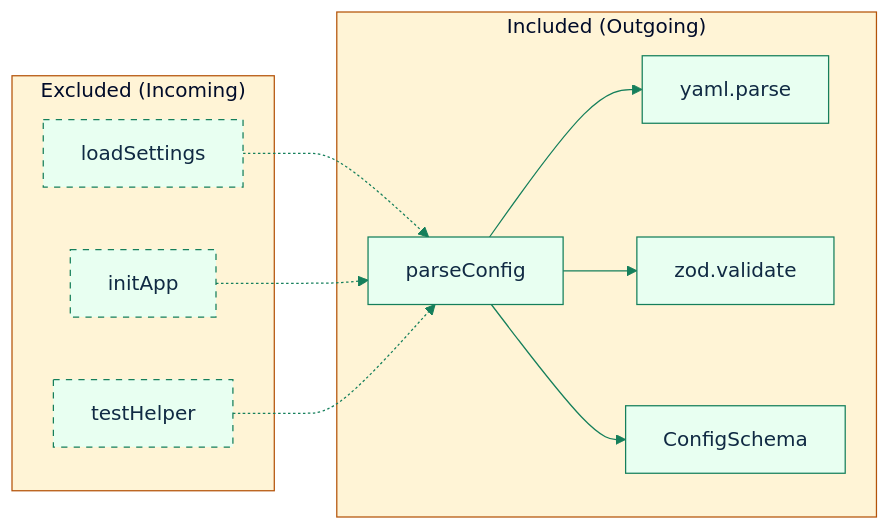
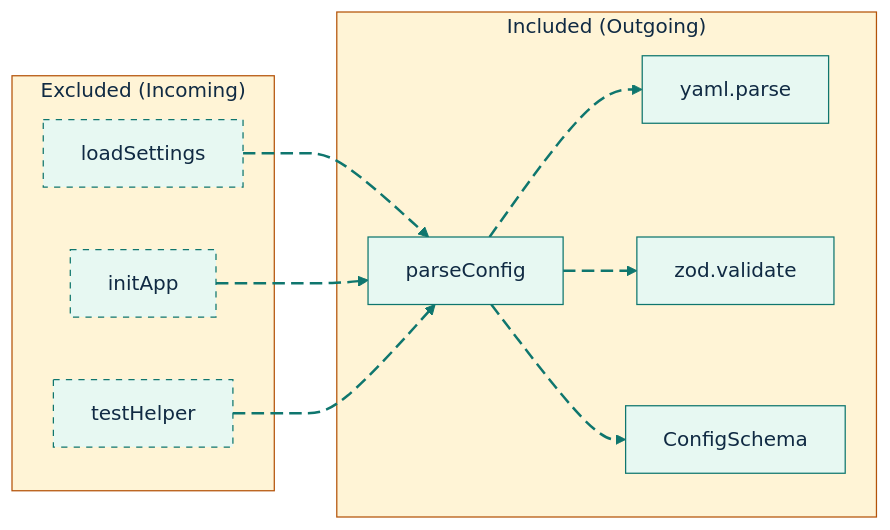
Before and after one commit to GlitterKill/sdl-mcp: the sixth of 13 diagrams in docs/feature-deep-dives/semantic-engine.md, drawn with Mermaid. The commit also changed other lines of this file and 33 other files, not shown here.

First line of the commit message:
docs: update mermaid diagram themes and styling across documentation

````diff
--- a/docs/feature-deep-dives/semantic-engine.md
+++ b/docs/feature-deep-dives/semantic-engine.md
@@ -409,19 +456,28 @@
 ```mermaid
-%%{init: {"theme":"base","themeVariables":{"primaryColor":"#e8fff1","primaryBorderColor":"#157f5b","primaryTextColor":"#102a43","secondaryColor":"#eef6ff","secondaryBorderColor":"#2563eb","tertiaryColor":"#fff4d6","tertiaryBorderColor":"#b45309","lineColor":"#157f5b","fontFamily":"Trebuchet MS, Arial"},"flowchart":{"curve":"basis"}}}%%
+%%{init: {"theme":"base","themeVariables":{"background":"#ffffff","primaryColor":"#E7F8F2","primaryBorderColor":"#0F766E","primaryTextColor":"#102A43","secondaryColor":"#E8F1FF","secondaryBorderColor":"#2563EB","secondaryTextColor":"#102A43","tertiaryColor":"#FFF4D6","tertiaryBorderColor":"#B45309","tertiaryTextColor":"#102A43","lineColor":"#0F766E","textColor":"#102A43","fontFamily":"Inter, ui-sans-serif, system-ui, -apple-system, BlinkMacSystemFont, Segoe UI, sans-serif"},"flowchart":{"curve":"basis","htmlLabels":true}}}%%
 flowchart LR
     subgraph "Included (Outgoing)"
-        A[parseConfig] --> B[yaml.parse]
-        A --> C[zod.validate]
-        A --> D[ConfigSchema]
+        A[parseConfig] e1@--> B[yaml.parse]
+        A e2@--> C[zod.validate]
+        A e3@--> D[ConfigSchema]
     end
 
     subgraph "Excluded (Incoming)"
-        E[loadSettings] -.-> A
-        F[initApp] -.-> A
-        G[testHelper] -.-> A
+        E[loadSettings] e4@-.-> A
+        F[initApp] e5@-.-> A
+        G[testHelper] e6@-.-> A
     end
 
     style E stroke-dasharray: 5 5
     style F stroke-dasharray: 5 5
     style G stroke-dasharray: 5 5
+
+    classDef source fill:#E7F8F2,stroke:#0F766E,stroke-width:2px,color:#102A43;
+    classDef process fill:#E8F1FF,stroke:#2563EB,stroke-width:2px,color:#102A43;
+    classDef decision fill:#FFF4D6,stroke:#B45309,stroke-width:2px,color:#102A43;
+    classDef storage fill:#F2E8FF,stroke:#7C3AED,stroke-width:2px,color:#102A43;
+    classDef output fill:#FFE8EF,stroke:#BE123C,stroke-width:2px,color:#102A43;
+    classDef muted fill:#F8FAFC,stroke:#64748B,stroke-width:1px,color:#102A43;
+    classDef animate stroke:#0F766E,stroke-width:2px,stroke-dasharray:10\,5,stroke-dashoffset:900,animation:dash 22s linear infinite;
+    class e1,e2,e3,e4,e5,e6 animate;
 ```
````
